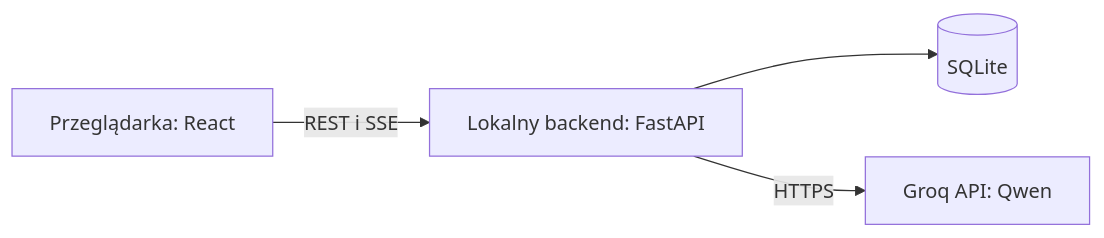
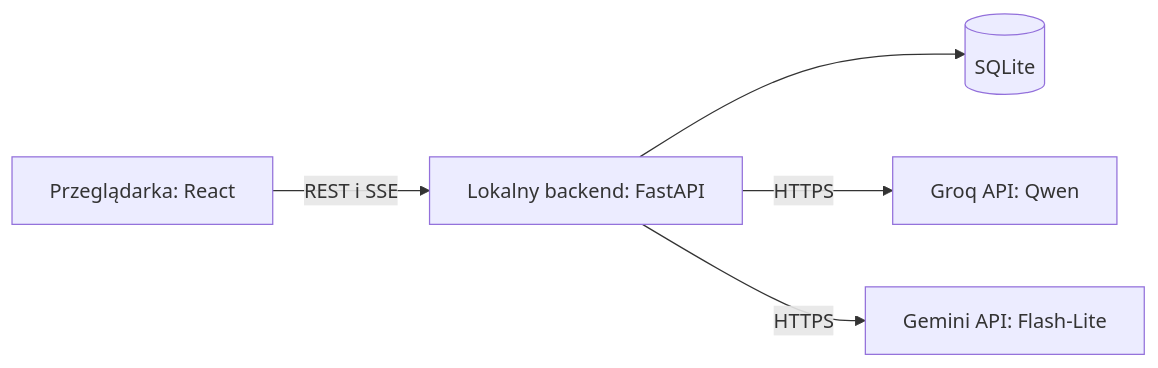
Before and after one commit to tomaszsankowski/llm-debate: the diagram in README.md, drawn with Mermaid. The commit also changed other lines of this file and 26 other files, not shown here.

````diff
--- a/README.md
+++ b/README.md
@@ -185,6 +192,7 @@
 ```mermaid
 flowchart LR
     UI[Przeglądarka: React] -->|REST i SSE| API[Lokalny backend: FastAPI]
     API --> DB[(SQLite)]
     API -->|HTTPS| GROQ[Groq API: Qwen]
+    API -->|HTTPS| GEMINI[Gemini API: Flash-Lite]
 ```
````
